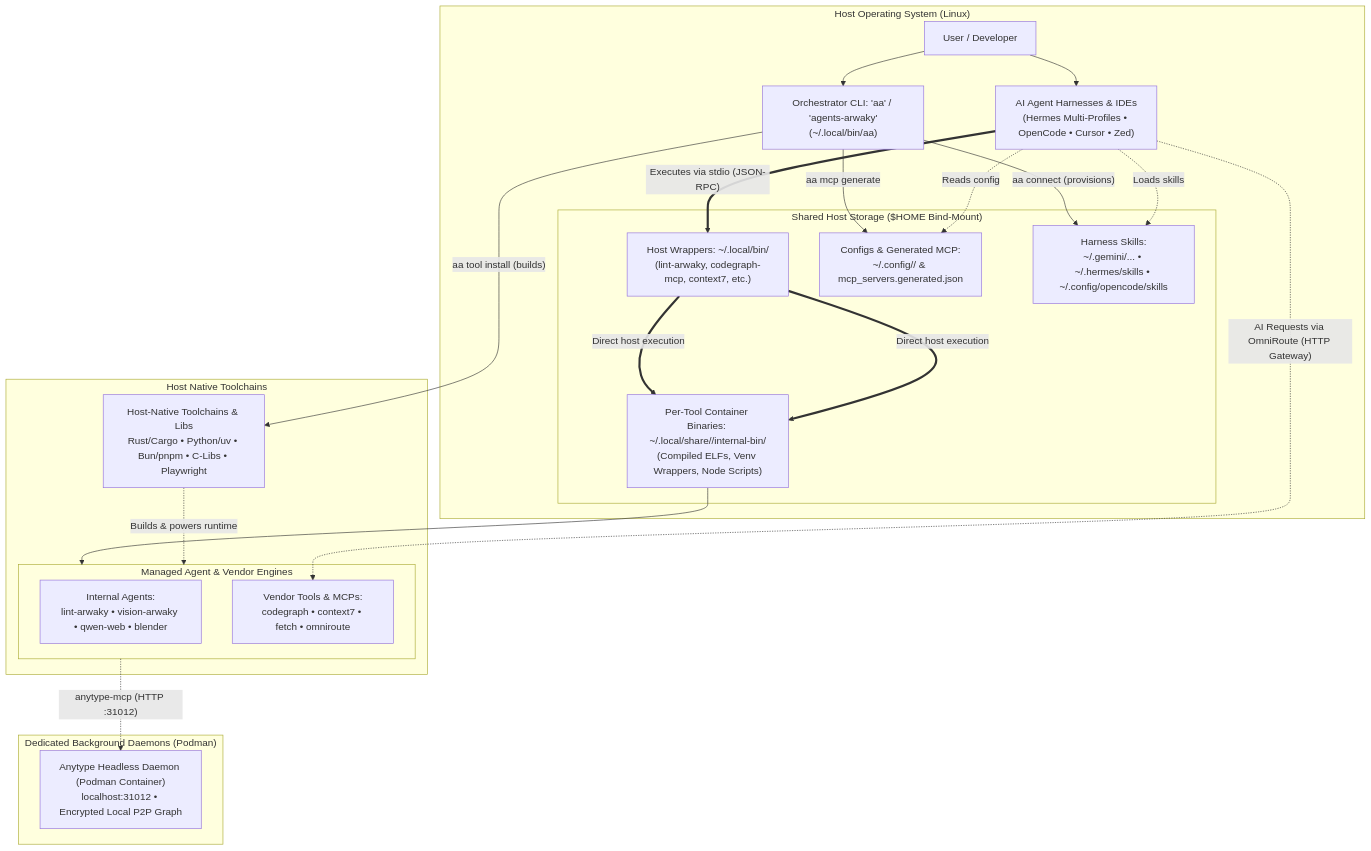
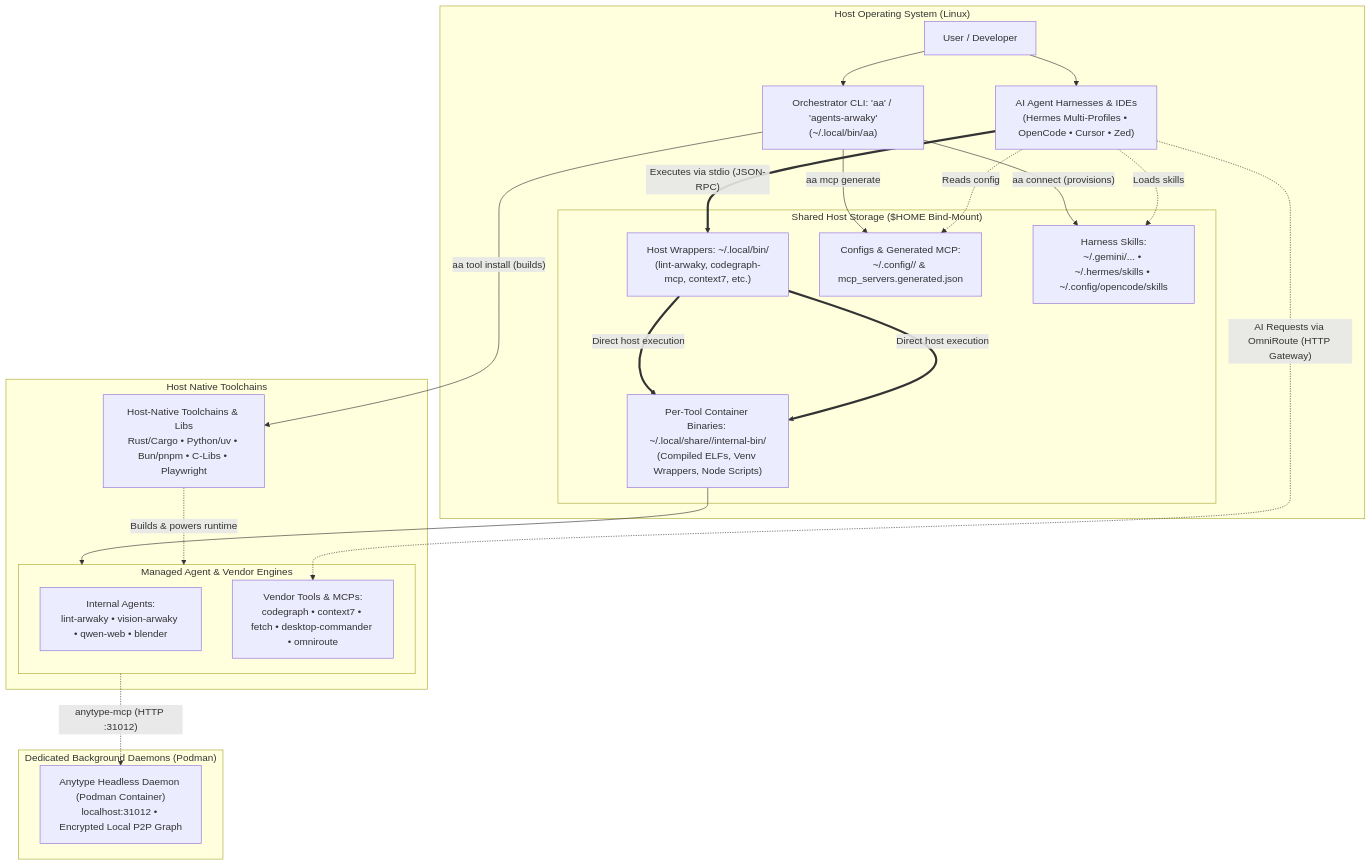
The diagram in README.md (rakaarwaky/agents-arwaky), drawn with Mermaid before and after one commit. The commit also changed other lines of this file and 5 other files, not shown here.

Commit message:
vendor: add DesktopCommanderMCP submodule + manifest + adapter

````diff
--- a/README.md
+++ b/README.md
@@ -28,52 +28,52 @@
 ```mermaid
 flowchart TB
     subgraph HostOS["Host Operating System (Linux)"]
         User["User / Developer"]
         Harnesses["AI Agent Harnesses & IDEs\n(Hermes Multi-Profiles • OpenCode • Cursor • Zed)"]
         CLI["Orchestrator CLI: 'aa' / 'agents-arwaky'\n(~/.local/bin/aa)"]
       
         subgraph XDGShared["Shared Host Storage ($HOME Bind-Mount)"]
             Launchers["Host Wrappers: ~/.local/bin/\n(lint-arwaky, codegraph-mcp, context7, etc.)"]
             InternalBin["Per-Tool Container Binaries: ~/.local/share/<tool>/internal-bin/\n(Compiled ELFs, Venv Wrappers, Node Scripts)"]
             XDGConfigs["Configs & Generated MCP:\n~/.config/<tool>/ & mcp_servers.generated.json"]
             XDGSkills["Harness Skills:\n~/.gemini/... • ~/.hermes/skills • ~/.config/opencode/skills"]
         end
     end
 
     subgraph HostToolchain["Host Native Toolchains"]
         IsolatedRuntimes["Host-Native Toolchains & Libs\nRust/Cargo • Python/uv • Bun/pnpm • C-Libs • Playwright"]
 
         subgraph AgentsAndTools["Managed Agent & Vendor Engines"]
             InternalAgents["Internal Agents:\nlint-arwaky • vision-arwaky • qwen-web • blender"]
-            VendorTools["Vendor Tools & MCPs:\ncodegraph • context7 • fetch • omniroute"]
+            VendorTools["Vendor Tools & MCPs:\ncodegraph • context7 • fetch • desktop-commander • omniroute"]
         end
     end
 
     subgraph SidecarServices["Dedicated Background Daemons (Podman)"]
         AnytypeDaemon["Anytype Headless Daemon (Podman Container)\nlocalhost:31012 • Encrypted Local P2P Graph"]
     end
 
     %% User & CLI interactions
     User --> CLI
     User --> Harnesses
     CLI -- "aa connect (provisions)" --> XDGSkills
     CLI -- "aa mcp generate" --> XDGConfigs
     CLI -- "aa tool install (builds)" --> IsolatedRuntimes
 
     %% Host-native execution
     Launchers == "Direct host execution" ==> InternalBin
 
     %% Harness interactions
     Harnesses -. "Reads config" .-> XDGConfigs
     Harnesses -. "Loads skills" .-> XDGSkills
     Harnesses == "Executes via stdio (JSON-RPC)" ==> Launchers
 
     %% Host-native execution
     Launchers == "Direct host execution" ==> InternalBin
     InternalBin --> AgentsAndTools
     IsolatedRuntimes -. "Builds & powers runtime" .-> AgentsAndTools
 
     %% Daemons & Services
     AgentsAndTools -. "anytype-mcp (HTTP :31012)" .-> AnytypeDaemon
     Harnesses -. "AI Requests via OmniRoute (HTTP Gateway)" .-> VendorTools
 ```
````
